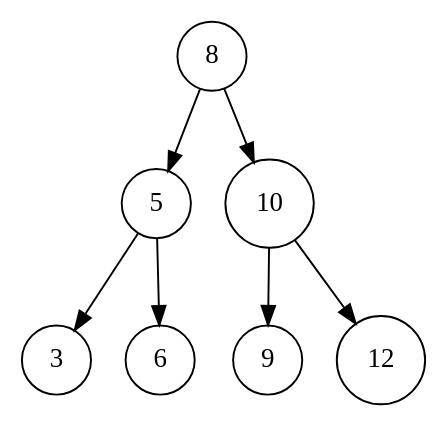
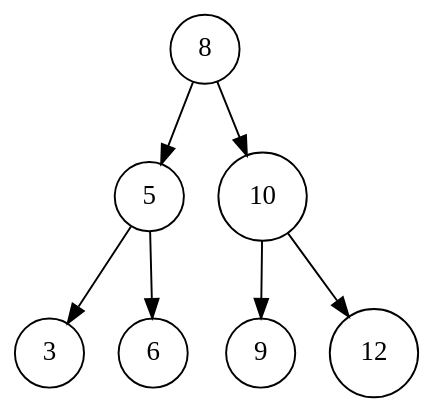
One commit to nrinaudo/nrinaudo.github.com changed the diagram in src/hakyll/images/binary-search-trees/simple.dot. Above: the diagram before and after it, drawn with Graphviz. The commit also changed 6 other files, not shown here.

```diff
--- a/src/hakyll/images/binary-search-trees/simple.dot
+++ b/src/hakyll/images/binary-search-trees/simple.dot
@@ -1,13 +1,14 @@
 digraph simple {
+    bgcolor="transparent"
     node  [shape=circle]
     graph [ordering=out]
 
     8 -> 5
     8 -> 10
 
     5 -> 3
     5 -> 6
 
     10 -> 9
     10 -> 12
 }
```
